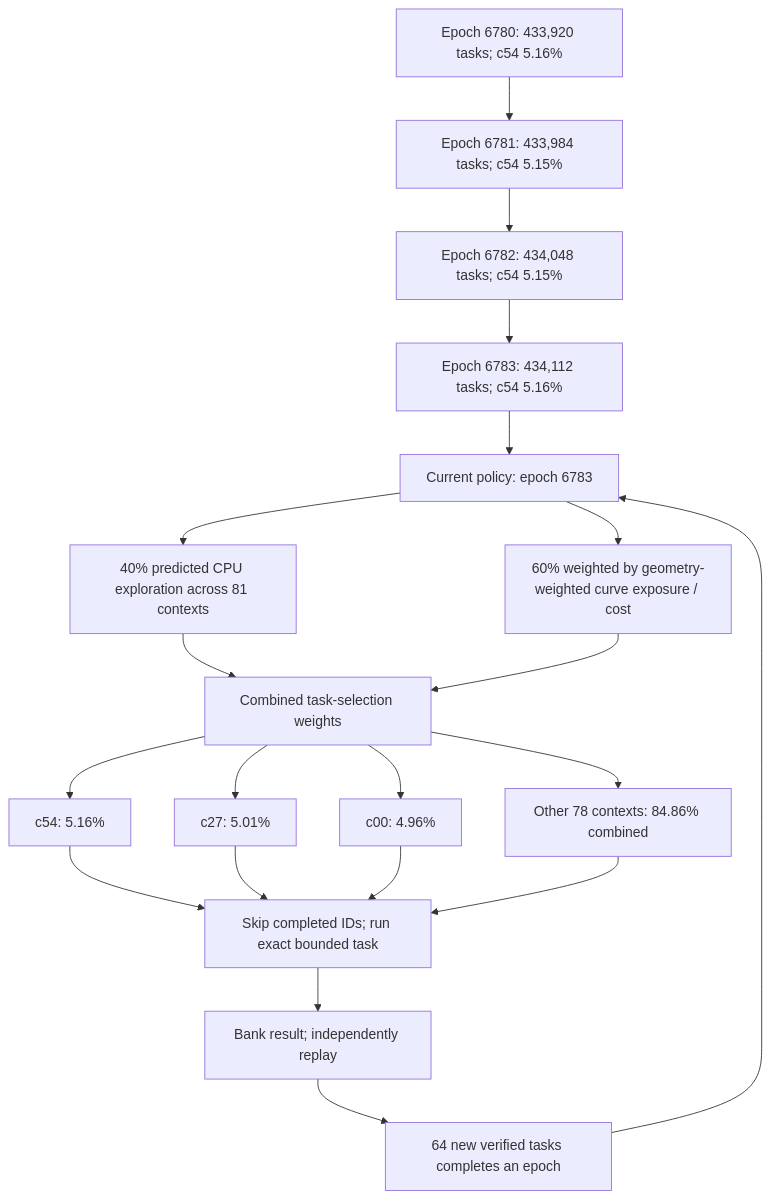
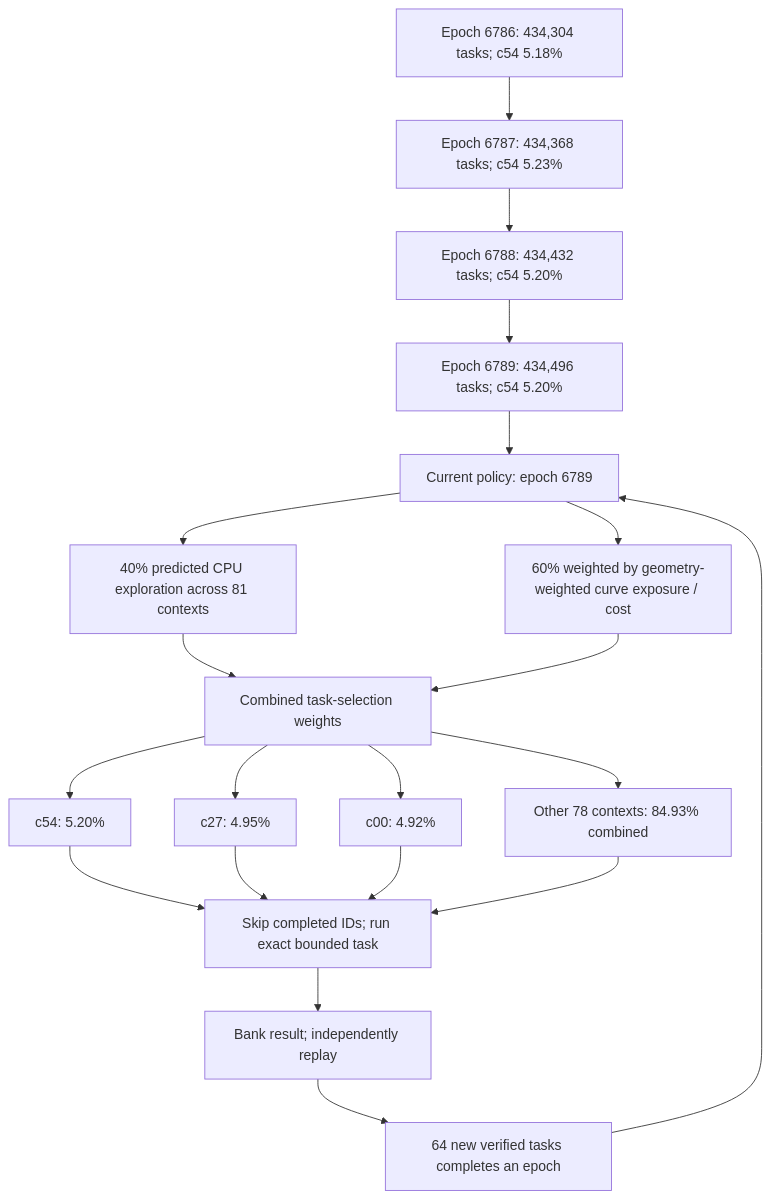
One commit to Kuberwastaken/math-gambling changed the first of 4 diagrams in README.md. Above: the diagram before and after it, drawn with Mermaid. The commit also changed other lines of this file and 1490 other files, not shown here.

````diff
--- a/README.md
+++ b/README.md
@@ -60,27 +60,27 @@
 ```mermaid
 flowchart TD
-    H0["Epoch 6780: 433,920 tasks; c54 5.16%"]
-    H1["Epoch 6781: 433,984 tasks; c54 5.15%"]
+    H0["Epoch 6786: 434,304 tasks; c54 5.18%"]
+    H1["Epoch 6787: 434,368 tasks; c54 5.23%"]
     H0 --> H1
-    H2["Epoch 6782: 434,048 tasks; c54 5.15%"]
+    H2["Epoch 6788: 434,432 tasks; c54 5.20%"]
     H1 --> H2
-    H3["Epoch 6783: 434,112 tasks; c54 5.16%"]
+    H3["Epoch 6789: 434,496 tasks; c54 5.20%"]
     H2 --> H3
-    Policy["Current policy: epoch 6783"]
+    Policy["Current policy: epoch 6789"]
     H3 --> Policy
     Policy --> Explore["40% predicted CPU exploration across 81 contexts"]
     Policy --> Cost["60% weighted by geometry-weighted curve exposure / cost"]
     Explore --> Mix["Combined task-selection weights"]
     Cost --> Mix
-    Mix --> C0["c54: 5.16%"]
-    Mix --> C1["c27: 5.01%"]
-    Mix --> C2["c00: 4.96%"]
-    Mix --> Rest["Other 78 contexts: 84.86% combined"]
+    Mix --> C0["c54: 5.20%"]
+    Mix --> C1["c27: 4.95%"]
+    Mix --> C2["c00: 4.92%"]
+    Mix --> Rest["Other 78 contexts: 84.93% combined"]
     C0 --> Check["Skip completed IDs; run exact bounded task"]
     C1 --> Check
     C2 --> Check
     Rest --> Check
     Check --> Replay["Bank result; independently replay"]
     Replay --> Gate["64 new verified tasks completes an epoch"]
     Gate --> Policy
 ```
````
